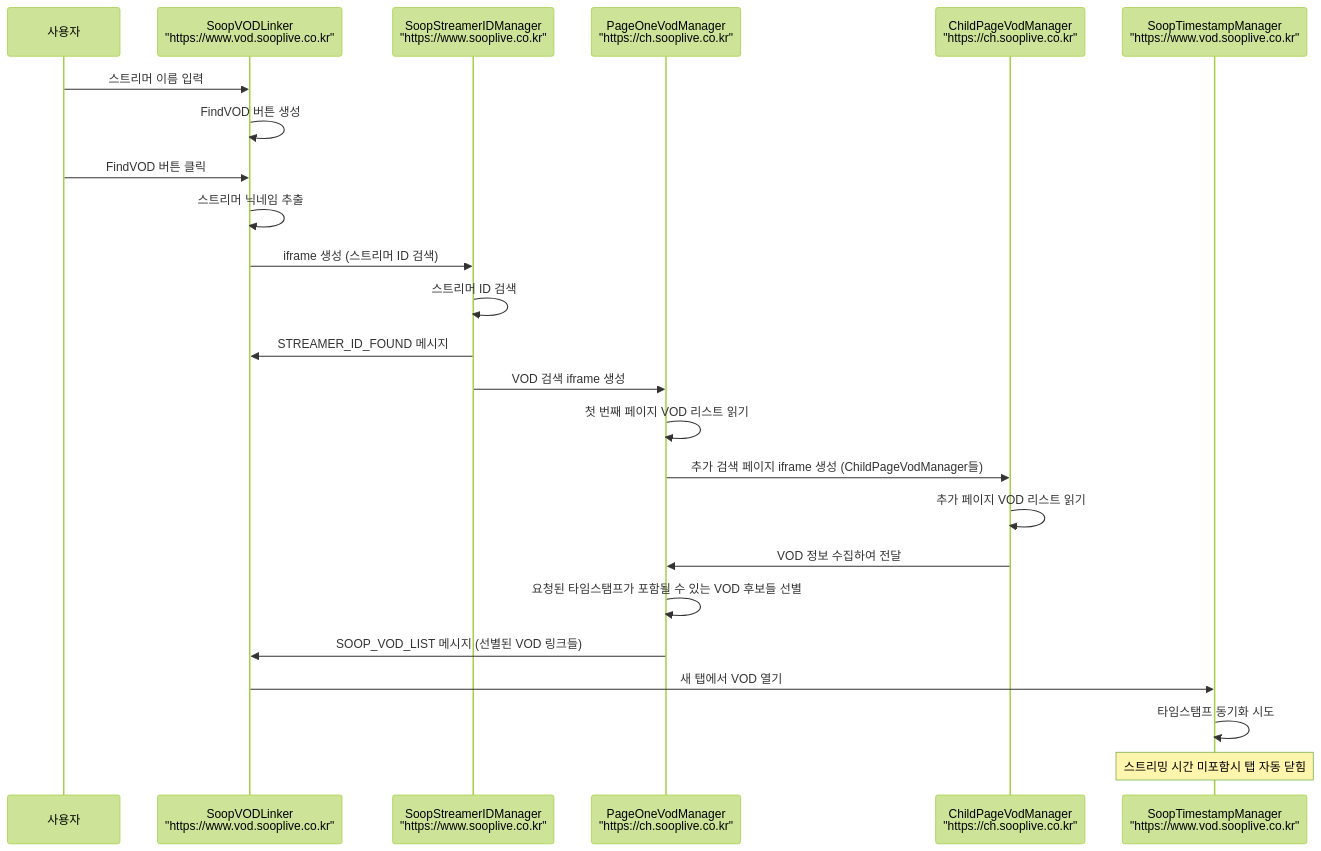
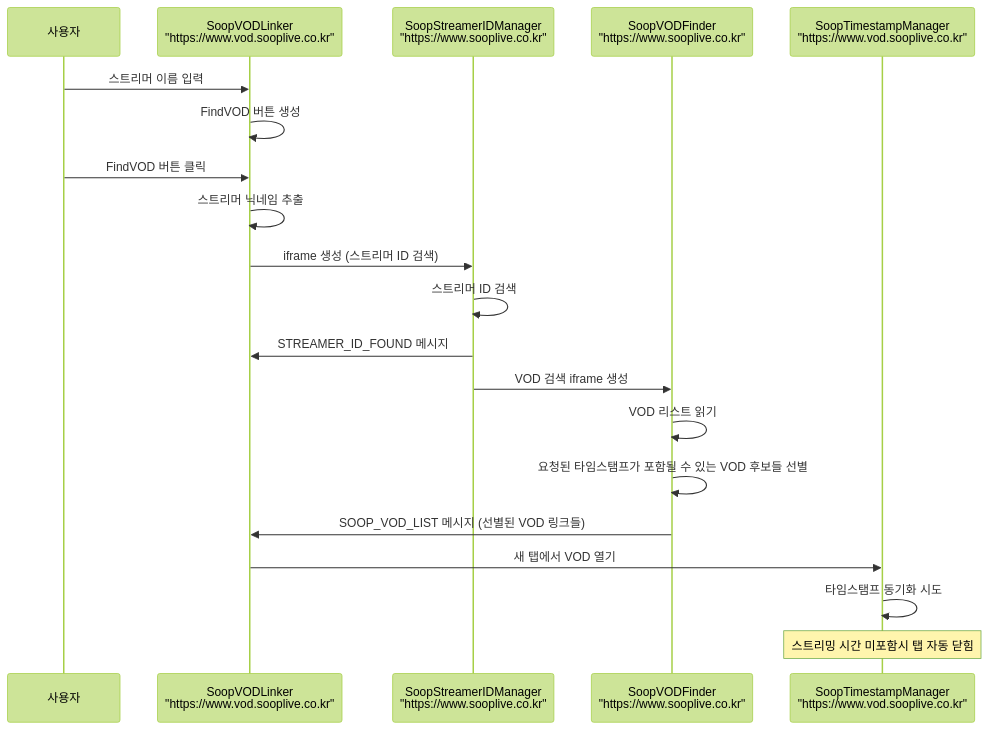
Before and after one commit to AINukeHere/VOD-Synchronizer: the first of 3 diagrams in doc/communication_flow.md, drawn with Mermaid (forest theme). The commit also changed other lines of this file and 1 other file, not shown here.

````diff
--- a/doc/communication_flow.md
+++ b/doc/communication_flow.md
@@ -5,31 +5,26 @@
 ```mermaid
 sequenceDiagram
     participant User as 사용자
     participant VODLinker as SoopVODLinker<br/>"https://www.vod.sooplive.co.kr"
     participant StreamerManager as SoopStreamerIDManager<br/>"https://www.sooplive.co.kr"
-    participant PageManager as PageOneVodManager<br/>"https://ch.sooplive.co.kr"
-    participant ChildManager as ChildPageVodManager<br/>"https://ch.sooplive.co.kr"
+    participant VODFinder as SoopVODFinder<br/>"https://www.sooplive.co.kr"
     participant TimestampManager as SoopTimestampManager<br/>"https://www.vod.sooplive.co.kr"
 
     User->>VODLinker: 스트리머 이름 입력
     VODLinker->>VODLinker: FindVOD 버튼 생성
     User->>VODLinker: FindVOD 버튼 클릭
     VODLinker->>VODLinker: 스트리머 닉네임 추출
     VODLinker->>StreamerManager: iframe 생성 (스트리머 ID 검색)
     
     StreamerManager->>StreamerManager: 스트리머 ID 검색
     StreamerManager->>VODLinker: STREAMER_ID_FOUND 메시지
-    StreamerManager->>PageManager: VOD 검색 iframe 생성
+    StreamerManager->>VODFinder: VOD 검색 iframe 생성
     
-    PageManager->>PageManager: 첫 번째 페이지 VOD 리스트 읽기
-    PageManager->>ChildManager: 추가 검색 페이지 iframe 생성 (ChildPageVodManager들)
-    
-    ChildManager->>ChildManager: 추가 페이지 VOD 리스트 읽기
-    ChildManager->>PageManager: VOD 정보 수집하여 전달
-    PageManager->>PageManager: 요청된 타임스탬프가 포함될 수 있는 VOD 후보들 선별
-    PageManager->>VODLinker: SOOP_VOD_LIST 메시지 (선별된 VOD 링크들)
+    VODFinder->>VODFinder: VOD 리스트 읽기
+    VODFinder->>VODFinder: 요청된 타임스탬프가 포함될 수 있는 VOD 후보들 선별
+    VODFinder->>VODLinker: SOOP_VOD_LIST 메시지 (선별된 VOD 링크들)
     
     VODLinker->>TimestampManager: 새 탭에서 VOD 열기
     TimestampManager->>TimestampManager: 타임스탬프 동기화 시도
     Note over TimestampManager: 스트리밍 시간 미포함시 탭 자동 닫힘
 ```
````
